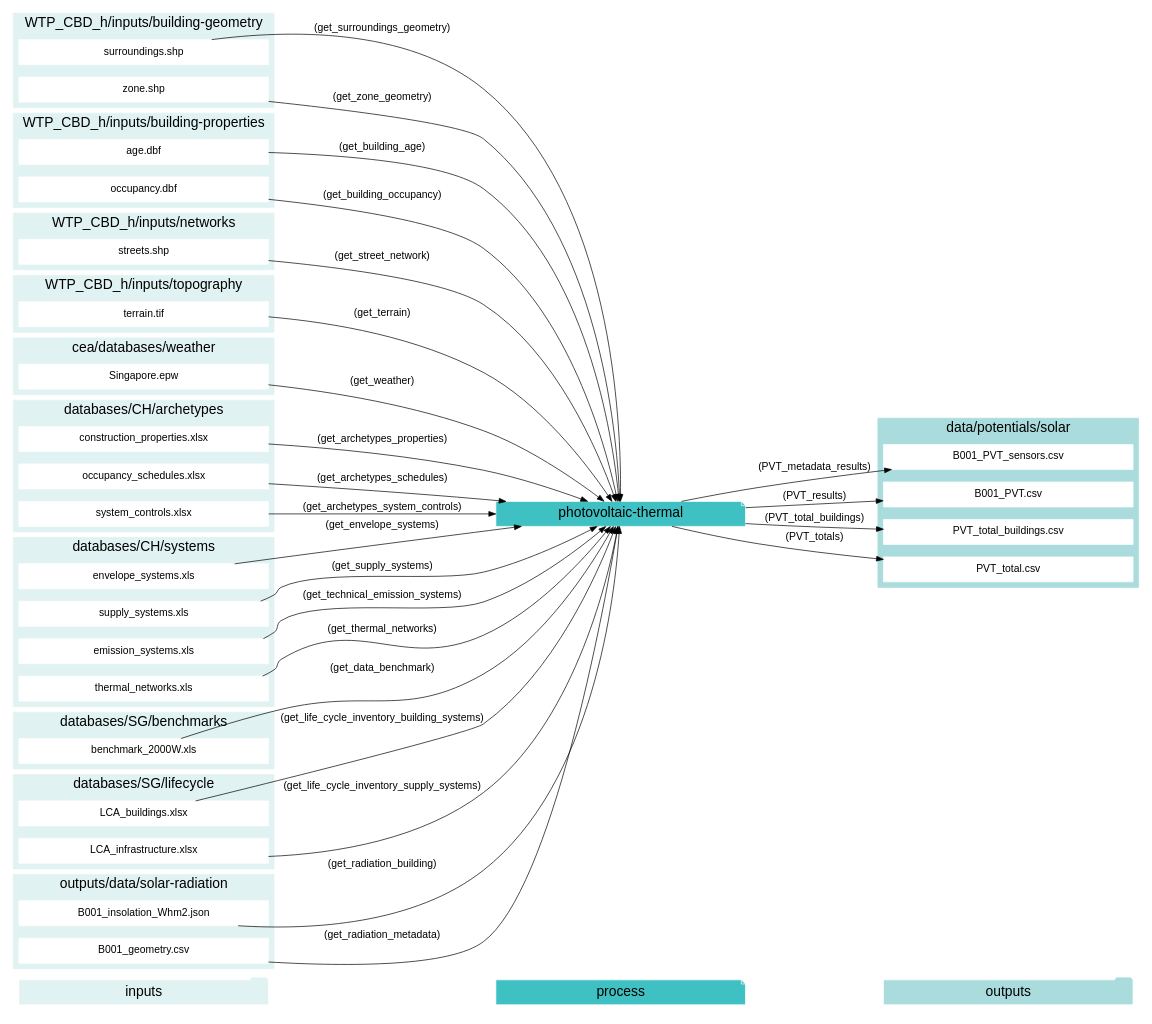
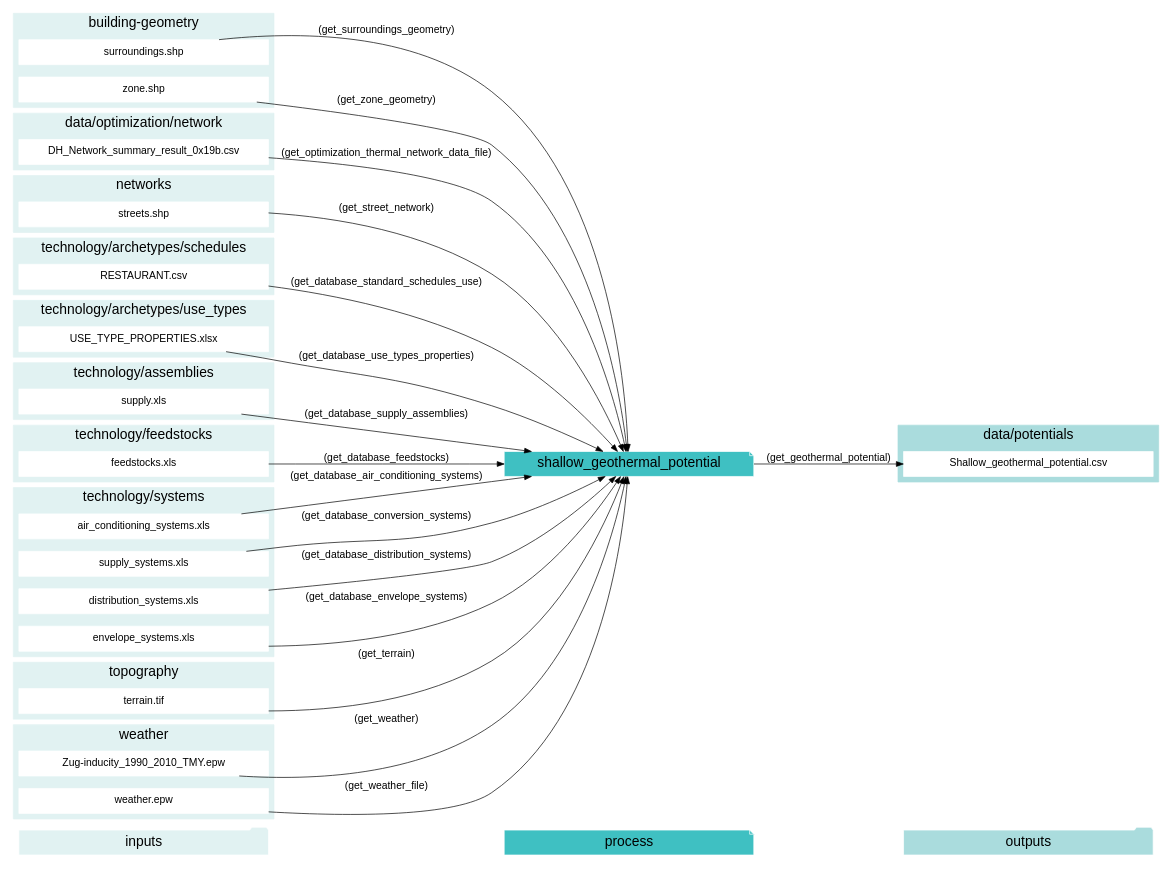
Diagram 15 of 20 in docs/script-data-flow.rst (architecture-building-systems/CityEnergyAnalyst), drawn with Graphviz before and after one commit. The commit also changed other lines of this file and 24 other files, not shown here.

```diff
--- a/docs/script-data-flow.rst
+++ b/docs/script-data-flow.rst
@@ -1038,13 +2235,13 @@
     "inputs"->"process"[style=invis]
     "process"->"outputs"[style=invis]
     }
-    "photovoltaic-thermal"[style=filled, color=white, fillcolor="#3FC0C2", shape=note, fontsize=20, fontname=arial];
+    "shallow_geothermal_potential"[style=filled, color=white, fillcolor="#3FC0C2", shape=note, fontsize=20, fontname=arial];
     subgraph cluster_0_in {
         style = filled;
         color = "#E1F2F2";
         fontsize = 20;
         rank=same;
-        label="WTP_CBD_h/inputs/building-geometry";
+        label="building-geometry";
         "surroundings.shp"
         "zone.shp"
     }
@@ -1053,113 +2250,99 @@
         color = "#E1F2F2";
         fontsize = 20;
         rank=same;
-        label="WTP_CBD_h/inputs/building-properties";
-        "age.dbf"
-        "occupancy.dbf"
+        label="data/optimization/network";
+        "DH_Network_summary_result_0x19b.csv"
     }
-    subgraph cluster_2_in {
+    subgraph cluster_2_out {
         style = filled;
-        color = "#E1F2F2";
+        color = "#aadcdd";
         fontsize = 20;
         rank=same;
-        label="WTP_CBD_h/inputs/networks";
-        "streets.shp"
+        label="data/potentials";
+        "Shallow_geothermal_potential.csv"
     }
     subgraph cluster_3_in {
         style = filled;
         color = "#E1F2F2";
         fontsize = 20;
         rank=same;
-        label="WTP_CBD_h/inputs/topography";
-        "terrain.tif"
+        label="networks";
+        "streets.shp"
     }
     subgraph cluster_4_in {
         style = filled;
         color = "#E1F2F2";
         fontsize = 20;
         rank=same;
-        label="cea/databases/weather";
-        "Singapore.epw"
+        label="technology/archetypes/schedules";
+        "RESTAURANT.csv"
     }
-    subgraph cluster_5_out {
+    subgraph cluster_5_in {
         style = filled;
-        color = "#aadcdd";
+        color = "#E1F2F2";
         fontsize = 20;
         rank=same;
-        label="data/potentials/solar";
-        "B001_PVT_sensors.csv"
-        "B001_PVT.csv"
-        "PVT_total_buildings.csv"
-        "PVT_total.csv"
+        label="technology/archetypes/use_types";
+        "USE_TYPE_PROPERTIES.xlsx"
     }
     subgraph cluster_6_in {
         style = filled;
         color = "#E1F2F2";
         fontsize = 20;
         rank=same;
-        label="databases/CH/archetypes";
-        "construction_properties.xlsx"
-        "occupancy_schedules.xlsx"
-        "system_controls.xlsx"
+        label="technology/assemblies";
+        "supply.xls"
     }
     subgraph cluster_7_in {
         style = filled;
         color = "#E1F2F2";
         fontsize = 20;
         rank=same;
-        label="databases/CH/systems";
-        "envelope_systems.xls"
-        "supply_systems.xls"
-        "emission_systems.xls"
-        "thermal_networks.xls"
+        label="technology/feedstocks";
+        "feedstocks.xls"
     }
     subgraph cluster_8_in {
         style = filled;
         color = "#E1F2F2";
         fontsize = 20;
         rank=same;
-        label="databases/SG/benchmarks";
-        "benchmark_2000W.xls"
+        label="technology/systems";
+        "air_conditioning_systems.xls"
+        "supply_systems.xls"
+        "distribution_systems.xls"
+        "envelope_systems.xls"
     }
     subgraph cluster_9_in {
         style = filled;
         color = "#E1F2F2";
         fontsize = 20;
         rank=same;
-        label="databases/SG/lifecycle";
-        "LCA_buildings.xlsx"
-        "LCA_infrastructure.xlsx"
+        label="topography";
+        "terrain.tif"
     }
     subgraph cluster_10_in {
         style = filled;
         color = "#E1F2F2";
         fontsize = 20;
         rank=same;
-        label="outputs/data/solar-radiation";
-        "B001_insolation_Whm2.json"
-        "B001_geometry.csv"
+        label="weather";
+        "Zug-inducity_1990_2010_TMY.epw"
+        "weather.epw"
     }
-    "construction_properties.xlsx" -> "photovoltaic-thermal"[label="(get_archetypes_properties)"]
-    "occupancy_schedules.xlsx" -> "photovoltaic-thermal"[label="(get_archetypes_schedules)"]
-    "system_controls.xlsx" -> "photovoltaic-thermal"[label="(get_archetypes_system_controls)"]
-    "age.dbf" -> "photovoltaic-thermal"[label="(get_building_age)"]
-    "occupancy.dbf" -> "photovoltaic-thermal"[label="(get_building_occupancy)"]
-    "benchmark_2000W.xls" -> "photovoltaic-thermal"[label="(get_data_benchmark)"]
-    "surroundings.shp" -> "photovoltaic-thermal"[label="(get_surroundings_geometry)"]
-    "envelope_systems.xls" -> "photovoltaic-thermal"[label="(get_envelope_systems)"]
-    "LCA_buildings.xlsx" -> "photovoltaic-thermal"[label="(get_life_cycle_inventory_building_systems)"]
-    "LCA_infrastructure.xlsx" -> "photovoltaic-thermal"[label="(get_life_cycle_inventory_supply_systems)"]
-    "B001_insolation_Whm2.json" -> "photovoltaic-thermal"[label="(get_radiation_building)"]
-    "B001_geometry.csv" -> "photovoltaic-thermal"[label="(get_radiation_metadata)"]
-    "streets.shp" -> "photovoltaic-thermal"[label="(get_street_network)"]
-    "supply_systems.xls" -> "photovoltaic-thermal"[label="(get_supply_systems)"]
-    "emission_systems.xls" -> "photovoltaic-thermal"[label="(get_technical_emission_systems)"]
-    "terrain.tif" -> "photovoltaic-thermal"[label="(get_terrain)"]
-    "thermal_networks.xls" -> "photovoltaic-thermal"[label="(get_thermal_networks)"]
-    "Singapore.epw" -> "photovoltaic-thermal"[label="(get_weather)"]
-    "zone.shp" -> "photovoltaic-thermal"[label="(get_zone_geometry)"]
-    "photovoltaic-thermal" -> "B001_PVT_sensors.csv"[label="(PVT_metadata_results)"]
-    "photovoltaic-thermal" -> "B001_PVT.csv"[label="(PVT_results)"]
-    "photovoltaic-thermal" -> "PVT_total_buildings.csv"[label="(PVT_total_buildings)"]
-    "photovoltaic-thermal" -> "PVT_total.csv"[label="(PVT_totals)"]
+    "air_conditioning_systems.xls" -> "shallow_geothermal_potential"[label="(get_database_air_conditioning_systems)"]
+    "supply_systems.xls" -> "shallow_geothermal_potential"[label="(get_database_conversion_systems)"]
+    "distribution_systems.xls" -> "shallow_geothermal_potential"[label="(get_database_distribution_systems)"]
+    "envelope_systems.xls" -> "shallow_geothermal_potential"[label="(get_database_envelope_systems)"]
+    "feedstocks.xls" -> "shallow_geothermal_potential"[label="(get_database_feedstocks)"]
+    "RESTAURANT.csv" -> "shallow_geothermal_potential"[label="(get_database_standard_schedules_use)"]
+    "supply.xls" -> "shallow_geothermal_potential"[label="(get_database_supply_assemblies)"]
+    "USE_TYPE_PROPERTIES.xlsx" -> "shallow_geothermal_potential"[label="(get_database_use_types_properties)"]
+    "DH_Network_summary_result_0x19b.csv" -> "shallow_geothermal_potential"[label="(get_optimization_thermal_network_data_file)"]
+    "streets.shp" -> "shallow_geothermal_potential"[label="(get_street_network)"]
+    "surroundings.shp" -> "shallow_geothermal_potential"[label="(get_surroundings_geometry)"]
+    "terrain.tif" -> "shallow_geothermal_potential"[label="(get_terrain)"]
+    "Zug-inducity_1990_2010_TMY.epw" -> "shallow_geothermal_potential"[label="(get_weather)"]
+    "weather.epw" -> "shallow_geothermal_potential"[label="(get_weather_file)"]
+    "zone.shp" -> "shallow_geothermal_potential"[label="(get_zone_geometry)"]
+    "shallow_geothermal_potential" -> "Shallow_geothermal_potential.csv"[label="(get_geothermal_potential)"]
     }
```
